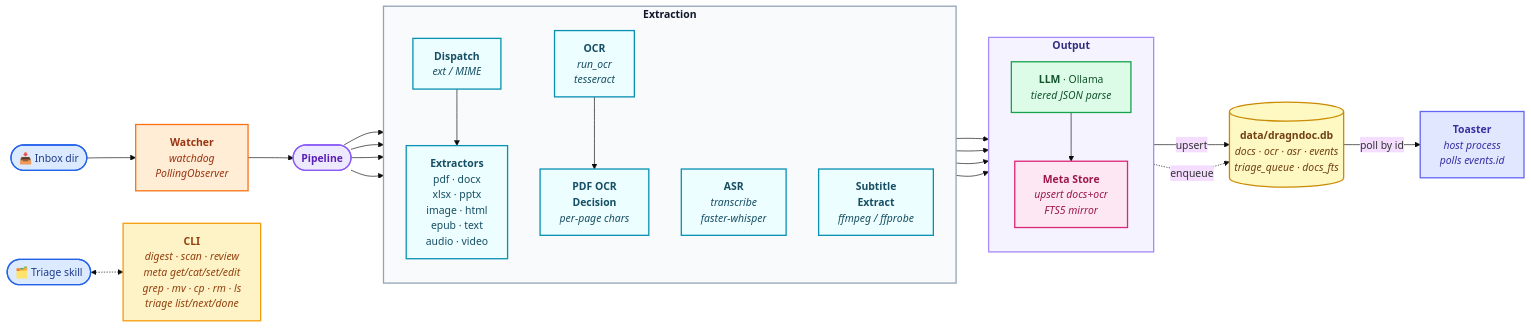
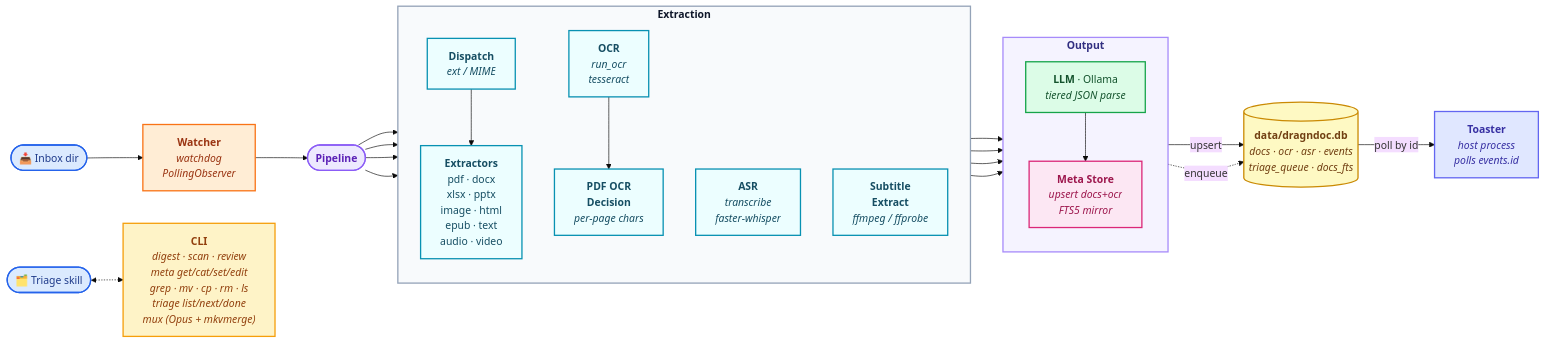
Before and after one commit to talraveh1/automafile: the diagram in architecture.md, drawn with Mermaid (base theme). The commit also changed 6 other files, not shown here.

First line of the commit message:
Add dnd mux: remux audio + SRT to MKV via Opus + mkvmerge

````diff
--- a/architecture.md
+++ b/architecture.md
@@ -3,51 +3,51 @@
 ```mermaid
 flowchart LR
   inbox(["📥 Inbox dir"]):::source
   watcher["<b>Watcher</b><br/><i>watchdog<br/>PollingObserver</i>"]:::watch
   pipeline(["<b>Pipeline</b>"]):::core
 
   subgraph extract ["<b>Extraction</b>"]
     direction TB
     dispatch["<b>Dispatch</b><br/><i>ext / MIME</i>"]:::stage
     extractors["<b>Extractors</b><br/>pdf · docx<br/>xlsx · pptx<br/>image · html<br/>epub · text<br/>audio · video"]:::stage
     ocr["<b>OCR</b><br/><i>run_ocr<br/>tesseract</i>"]:::stage
     ocr_decision["<b>PDF OCR<br/>Decision</b><br/><i>per-page chars</i>"]:::stage
     asr["<b>ASR</b><br/><i>transcribe<br/>faster-whisper</i>"]:::stage
     subs["<b>Subtitle<br/>Extract</b><br/><i>ffmpeg / ffprobe</i>"]:::stage
   end
 
   subgraph output ["<b>Output</b>"]
     direction TB
     llm["<b>LLM</b> · Ollama<br/><i>tiered JSON parse</i>"]:::ai
     writers["<b>Meta Store</b><br/><i>upsert docs+ocr<br/>FTS5 mirror</i>"]:::write
     llm --> writers
   end
 
   db[("<b>data/dragndoc.db</b><br/><i>docs · ocr · asr · events<br/>triage_queue · docs_fts</i>")]:::journal
   toaster["<b>Toaster</b><br/><i>host process<br/>polls events.id</i>"]:::notify
 
-  cli["<b>CLI</b><br/><i>digest · scan · review<br/>meta get/cat/set/edit<br/>grep · mv · cp · rm · ls<br/>triage list/next/done</i>"]:::tool
+  cli["<b>CLI</b><br/><i>digest · scan · review<br/>meta get/cat/set/edit<br/>grep · mv · cp · rm · ls<br/>triage list/next/done<br/>mux (Opus + mkvmerge)</i>"]:::tool
   triage(["🗂️ Triage skill"]):::source
 
   inbox --> watcher --> pipeline
   pipeline --> dispatch --> extractors --> output
   pipeline --> ocr --> ocr_decision --> output
   pipeline --> asr --> output
   pipeline --> subs --> output
   output -->|upsert| db
   output -.->|enqueue| db
   db -->|poll by id| toaster
   triage <-.-> cli
   style extract fill:#f8fafc,stroke:#94a3b8,stroke-width:2px,color:#0f172a
   style output fill:#f5f3ff,stroke:#a78bfa,stroke-width:2px,color:#312e81
 
   classDef source  fill:#dbeafe,stroke:#2563eb,stroke-width:2px,color:#1e3a8a
   classDef watch   fill:#ffedd5,stroke:#f97316,stroke-width:2px,color:#9a3412
   classDef core    fill:#ede9fe,stroke:#8b5cf6,stroke-width:2px,color:#5b21b6
   classDef stage   fill:#ecfeff,stroke:#0891b2,stroke-width:2px,color:#164e63
   classDef ai      fill:#dcfce7,stroke:#16a34a,stroke-width:2px,color:#14532d
   classDef write   fill:#fce7f3,stroke:#db2777,stroke-width:2px,color:#9d174d
   classDef journal fill:#fef9c3,stroke:#ca8a04,stroke-width:2px,color:#713f12
   classDef notify  fill:#e0e7ff,stroke:#6366f1,stroke-width:2px,color:#3730a3
   classDef tool    fill:#fef3c7,stroke:#f59e0b,stroke-width:2px,color:#92400e
 ```
````
